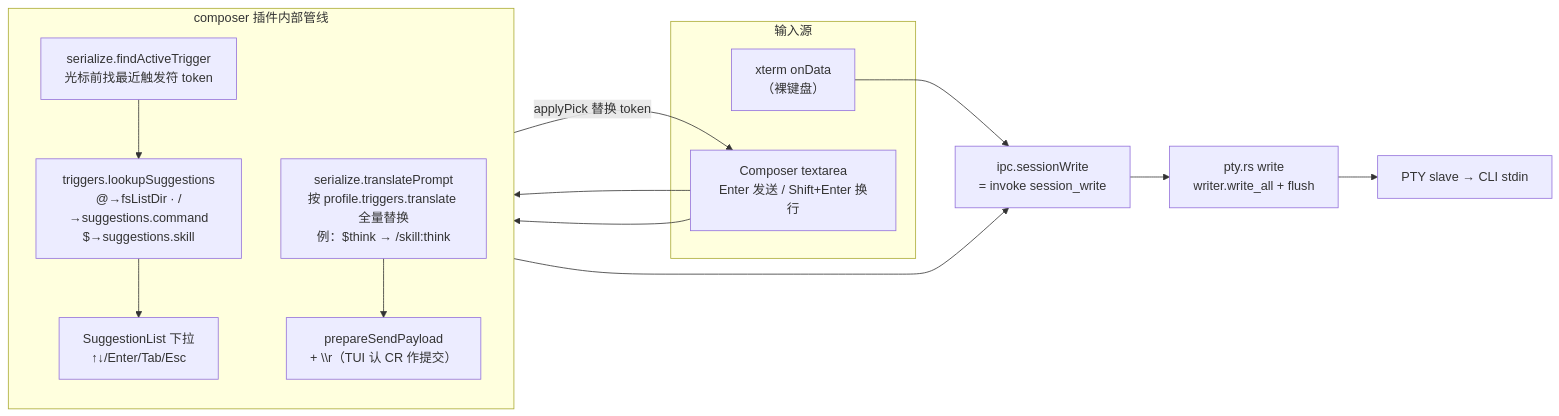
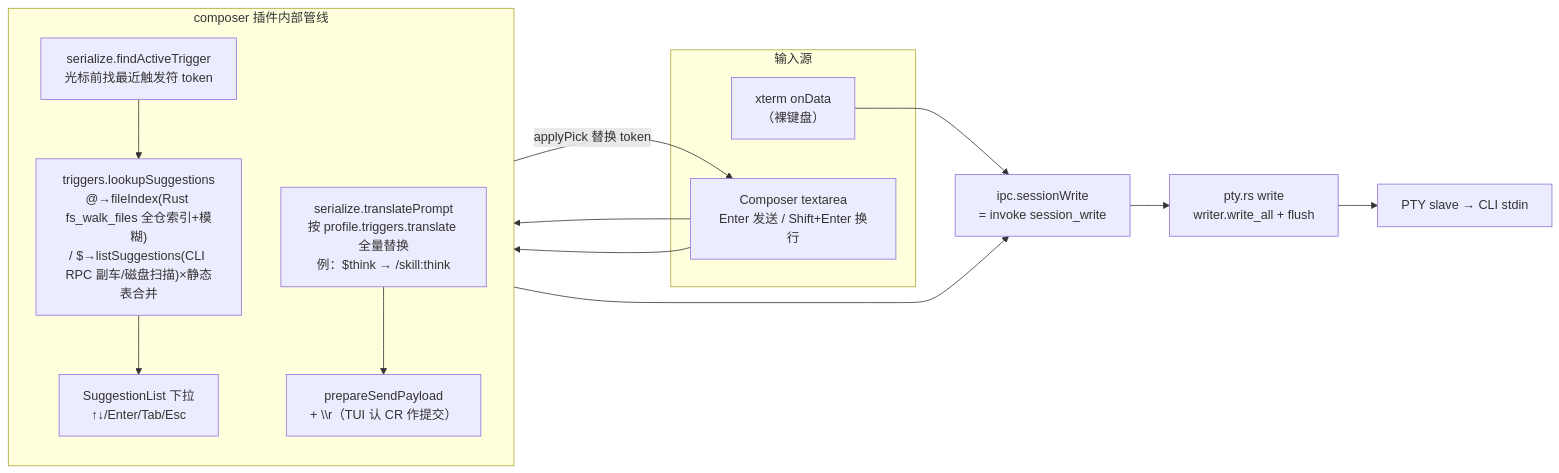
One commit to chenxiangning/tmd-cli changed the fourth of 8 diagrams in docs/architecture/02-code-architecture.md. Above: the diagram before and after it, drawn with Mermaid. The commit also changed other lines of this file and 41 other files, not shown here.

Commit message:
feat(composer): 触发器补全以 CLI 为真相源(RPC 副车/磁盘扫描/全仓模糊)

````diff
--- a/docs/architecture/02-code-architecture.md
+++ b/docs/architecture/02-code-architecture.md
@@ -169,26 +169,26 @@
 ```mermaid
 flowchart LR
     subgraph 输入源
         X["xterm onData<br/>（裸键盘）"]
         CP["Composer textarea<br/>Enter 发送 / Shift+Enter 换行"]
     end
 
     subgraph COMPOSER["composer 插件内部管线"]
         direction TB
         FAT["serialize.findActiveTrigger<br/>光标前找最近触发符 token"]
-        LS["triggers.lookupSuggestions<br/>@→fsListDir · /→suggestions.command<br/>$→suggestions.skill"]
+        LS["triggers.lookupSuggestions<br/>@→fileIndex(Rust fs_walk_files 全仓索引+模糊)<br/>/ $→listSuggestions(CLI RPC 副车/磁盘扫描)×静态表合并"]
         SL["SuggestionList 下拉<br/>↑↓/Enter/Tab/Esc"]
         TP["serialize.translatePrompt<br/>按 profile.triggers.translate 全量替换<br/>例：$think → /skill:think"]
         PSP["prepareSendPayload<br/>+ \\r（TUI 认 CR 作提交）"]
     end
 
     W["ipc.sessionWrite<br/>= invoke session_write"]
     PW["pty.rs write<br/>writer.write_all + flush"]
     SLV["PTY slave → CLI stdin"]
 
     X --> W
     CP --> FAT --> LS --> SL
     SL -->|applyPick 替换 token| CP
     CP --> TP --> PSP --> W
     W --> PW --> SLV
 ```
````
